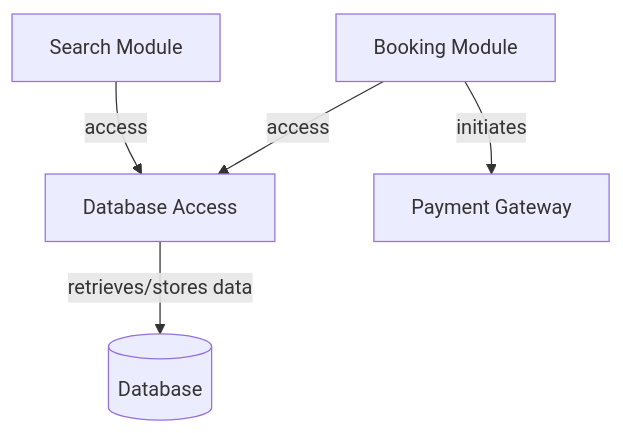
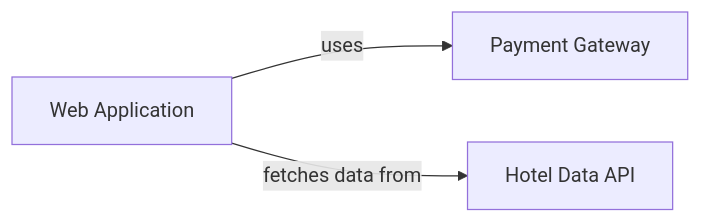
Before and after one commit to officegeek/minimal-mistakes: the diagram in test.md, drawn with Mermaid.

````diff
--- a/test.md
+++ b/test.md
@@ -1,7 +1,5 @@
 ```mermaid
-graph TD
-    SM[Search Module] -->|access| DA[Database Access]
-    BM[Booking Module] -->|access| DA
-    DA -->|retrieves/stores data| DB[(Database)]
-    BM -->|initiates| PG[Payment Gateway]
+graph LR
+    WA[Web Application] -->|uses| PG[Payment Gateway]
+    WA -->|fetches data from| HD[Hotel Data API]
 ```
````
